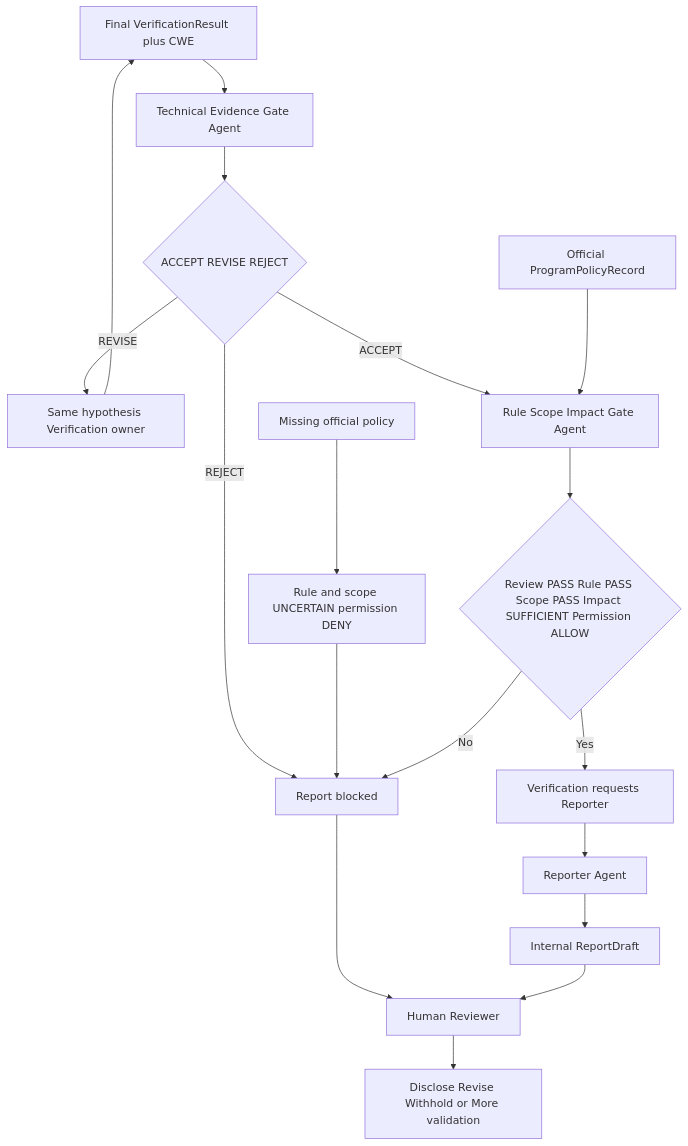
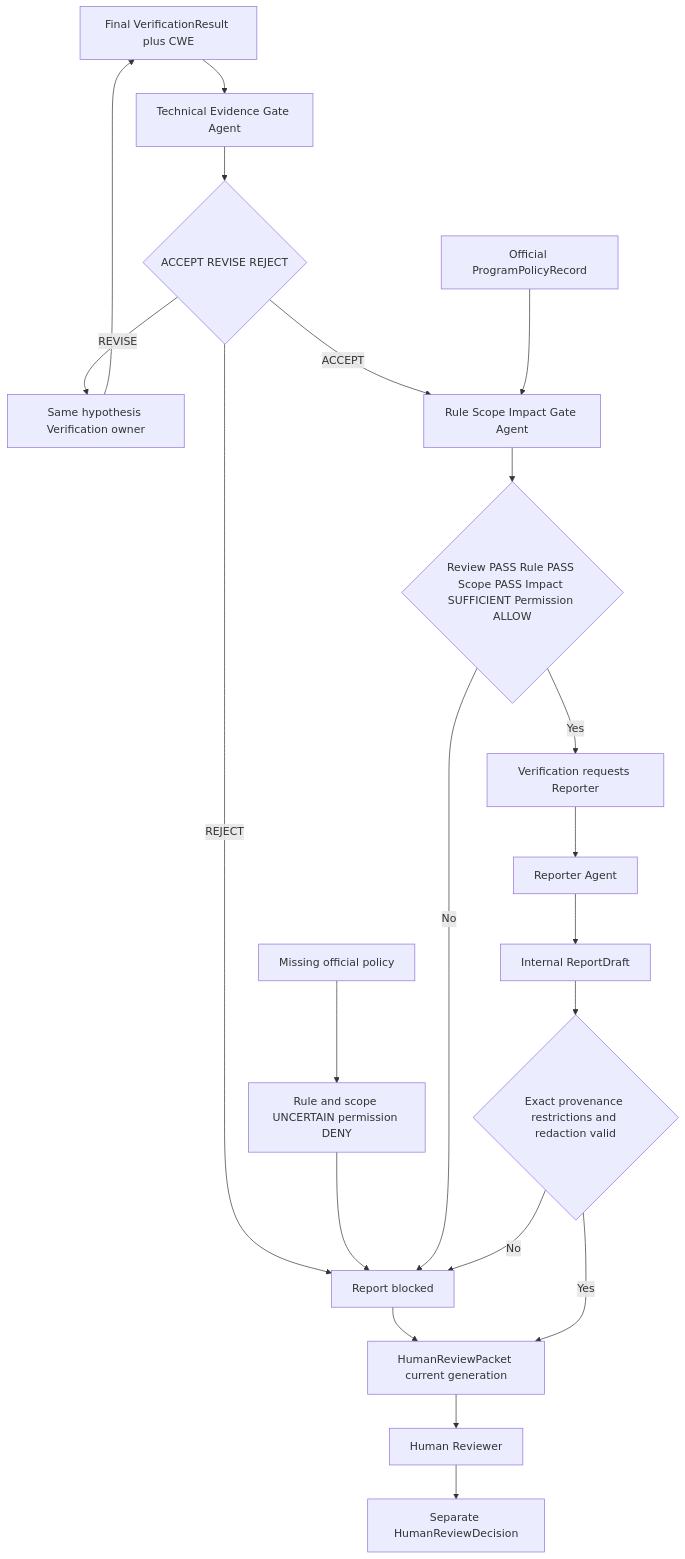
One commit to SASTsimi/sastsimi changed the sixth of 13 diagrams in docs/architecture-v5/13-architecture-diagrams.md. Above: the diagram before and after it, drawn with Mermaid. The commit also changed other lines of this file and 8 other files, not shown here.

Commit message:
docs: define R5-04 human review handoff contracts

````diff
--- a/docs/architecture-v5/13-architecture-diagrams.md
+++ b/docs/architecture-v5/13-architecture-diagrams.md
@@ -194,20 +194,23 @@
 ```mermaid
 flowchart TB
     VR[Final VerificationResult plus CWE] --> TECH[Technical Evidence Gate Agent]
     TECH --> TS{ACCEPT REVISE REJECT}
     TS -->|REVISE| BACK[Same hypothesis Verification owner]
     BACK --> VR
     TS -->|REJECT| BLOCK[Report blocked]
     TS -->|ACCEPT| RULE[Rule Scope Impact Gate Agent]
     POLICY[Official ProgramPolicyRecord] --> RULE
     NOPOL[Missing official policy] --> UNCERTAIN[Rule and scope UNCERTAIN permission DENY]
     UNCERTAIN --> BLOCK
     RULE --> READY{Review PASS Rule PASS Scope PASS Impact SUFFICIENT Permission ALLOW}
     READY -->|No| BLOCK
     READY -->|Yes| RREQ[Verification requests Reporter]
     RREQ --> REPORTER[Reporter Agent]
     REPORTER --> DRAFT[Internal ReportDraft]
-    BLOCK --> HUMAN[Human Reviewer]
-    DRAFT --> HUMAN
-    HUMAN --> DECIDE[Disclose Revise Withhold or More validation]
+    BLOCK --> PACKET[HumanReviewPacket with blocked reasons]
+    DRAFT --> SAFE{Exact provenance restrictions and redaction valid}
+    SAFE -->|No| BLOCK
+    SAFE -->|Yes| PACKET[HumanReviewPacket current generation]
+    PACKET --> HUMAN[Human Reviewer]
+    HUMAN --> DECIDE[Separate HumanReviewDecision]
 ```
````
